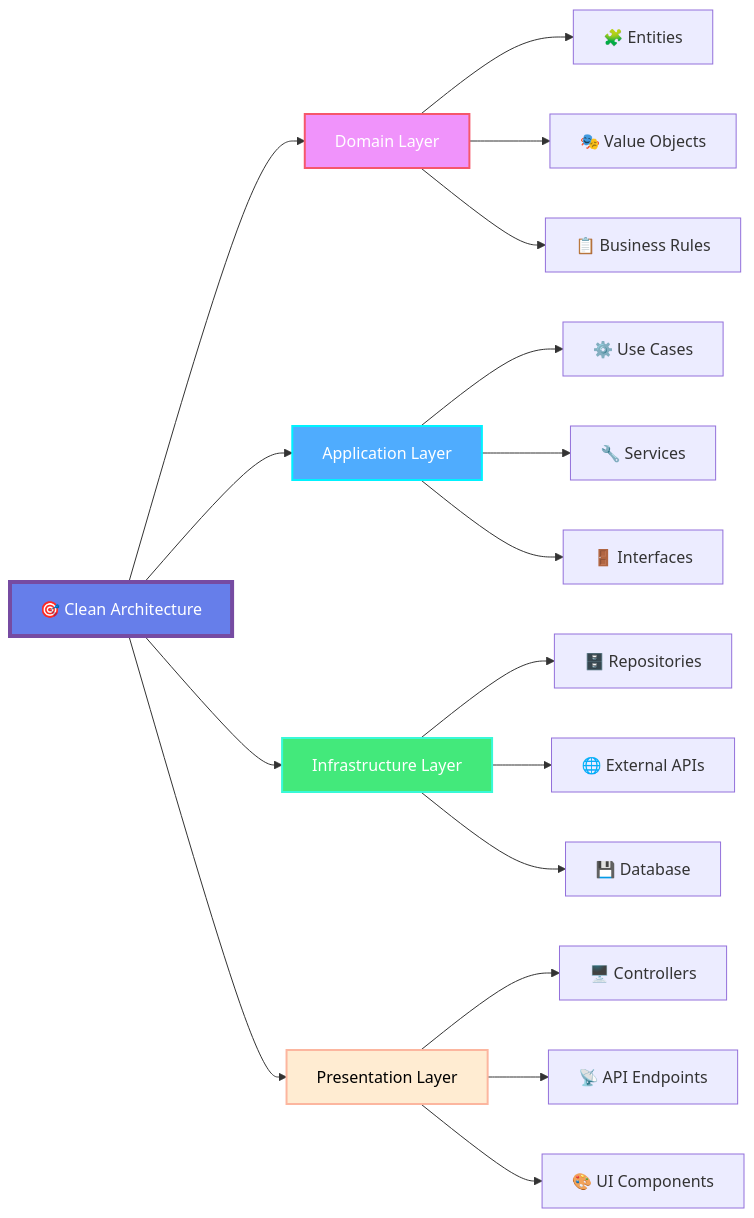
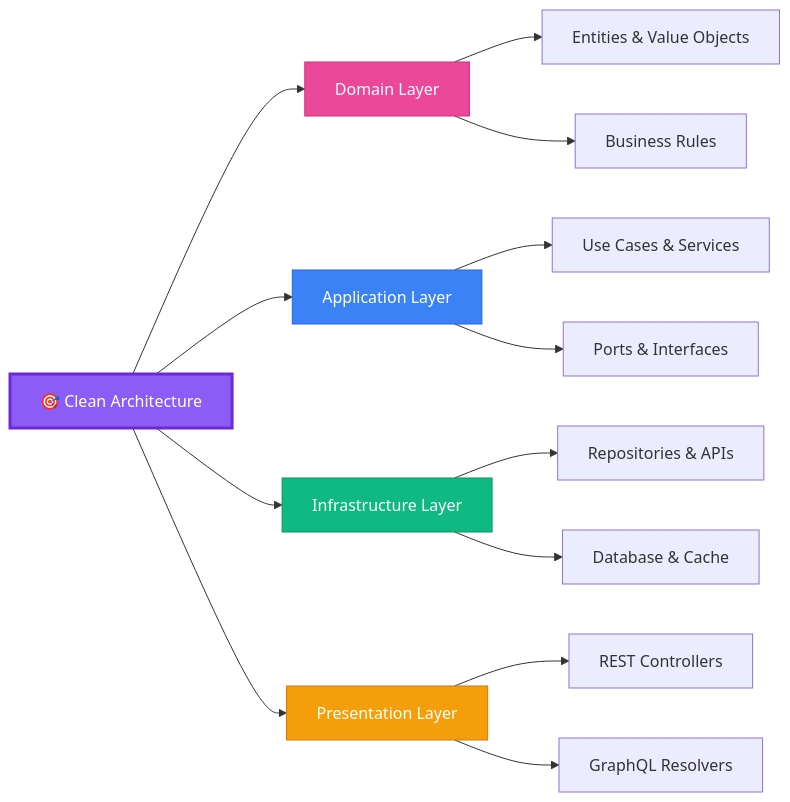
The second of 3 diagrams in README.md (firdavs244/firdavs244), drawn with Mermaid before and after one commit. The commit also changed other lines of this file, not shown here.

````diff
--- a/README.md
+++ b/README.md
@@ -266,29 +307,25 @@
 ```mermaid
 graph LR
     A[🎯 Clean Architecture] --> B[Domain Layer]
-    A --> C[Application Layer] 
+    A --> C[Application Layer]
     A --> D[Infrastructure Layer]
     A --> E[Presentation Layer]
+
+    B --> B1[Entities & Value Objects]
+    B --> B2[Business Rules]
     
-    B --> B1[🧩 Entities]
-    B --> B2[🎭 Value Objects]
-    B --> B3[📋 Business Rules]
+    C --> C1[Use Cases & Services]
+    C --> C2[Ports & Interfaces]
     
-    C --> C1[⚙️ Use Cases]
-    C --> C2[🔧 Services]
-    C --> C3[🚪 Interfaces]
+    D --> D1[Repositories & APIs]
+    D --> D2[Database & Cache]
     
-    D --> D1[🗄️ Repositories]
-    D --> D2[🌐 External APIs]
-    D --> D3[💾 Database]
-    
-    E --> E1[🖥️ Controllers]
-    E --> E2[📡 API Endpoints]
-    E --> E3[🎨 UI Components]
-    
-    style A fill:#667eea,stroke:#764ba2,stroke-width:4px,color:#fff
-    style B fill:#f093fb,stroke:#f5576c,stroke-width:2px,color:#fff
-    style C fill:#4facfe,stroke:#00f2fe,stroke-width:2px,color:#fff
-    style D fill:#43e97b,stroke:#38f9d7,stroke-width:2px,color:#fff
-    style E fill:#ffecd2,stroke:#fcb69f,stroke-width:2px,color:#000
+    E --> E1[REST Controllers]
+    E --> E2[GraphQL Resolvers]
+
+    style A fill:#8b5cf6,stroke:#6d28d9,stroke-width:3px,color:#fff
+    style B fill:#ec4899,stroke:#db2777,color:#fff
+    style C fill:#3b82f6,stroke:#2563eb,color:#fff
+    style D fill:#10b981,stroke:#059669,color:#fff
+    style E fill:#f59e0b,stroke:#d97706,color:#fff
 ```
````
